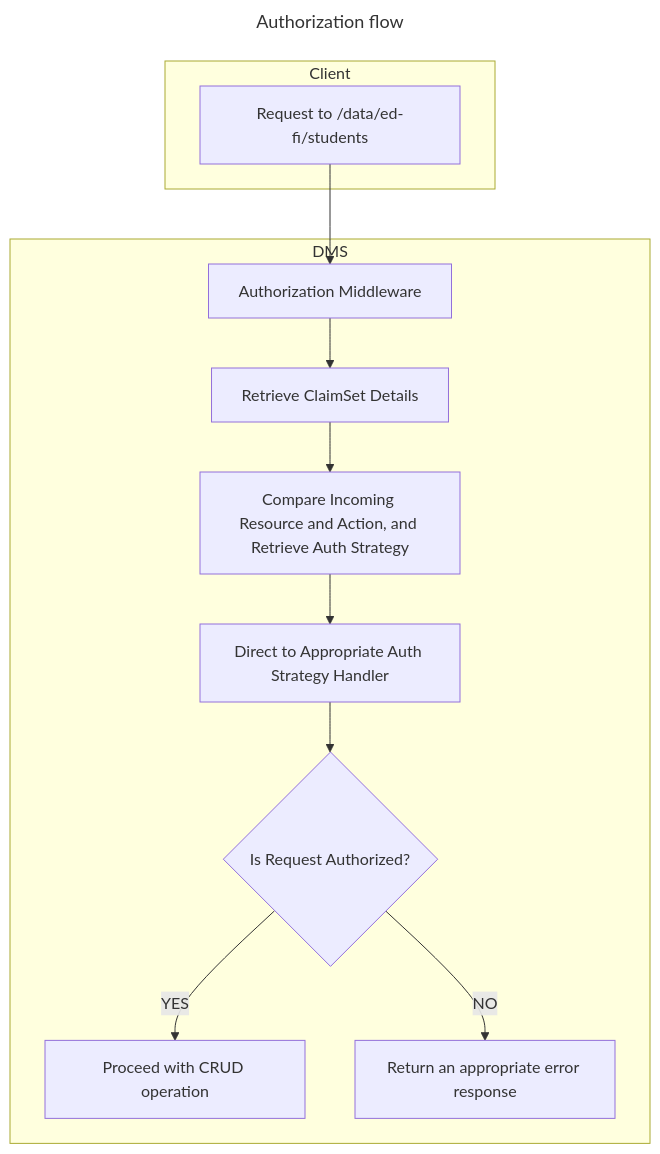
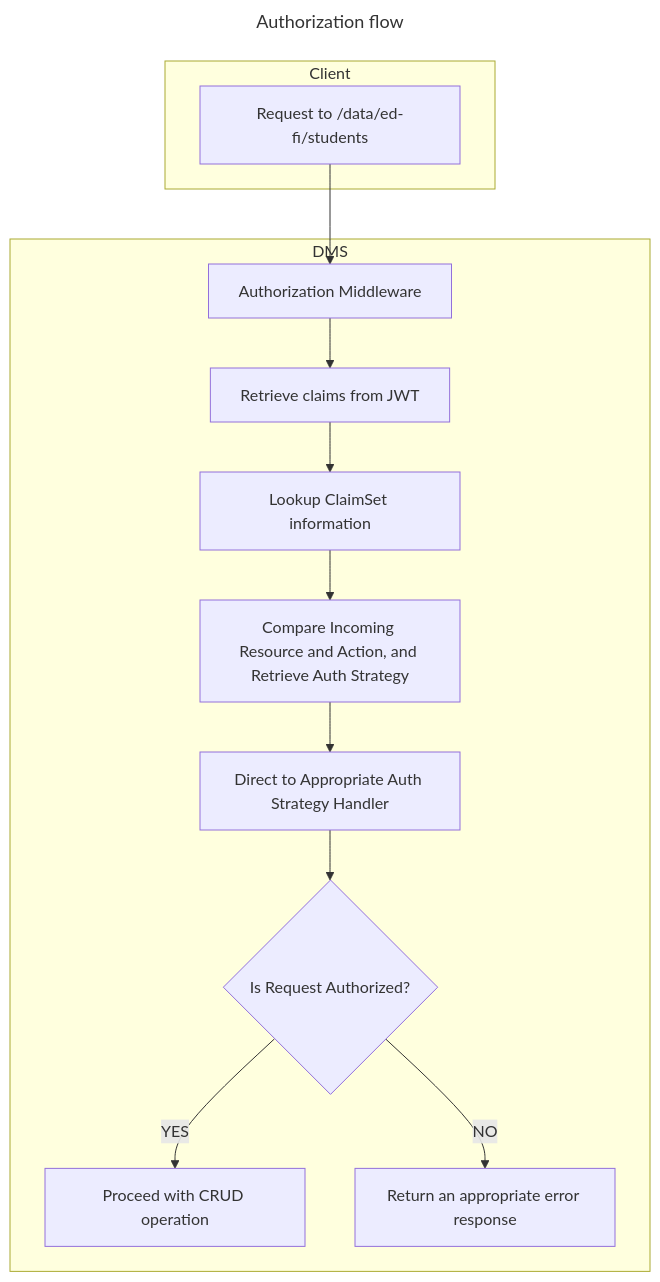
Before and after one commit to Ed-Fi-Alliance-OSS/Project-Tanager: the second of 2 diagrams in docs/DMS/DMS-AUTH.md, drawn with Mermaid. The commit also changed other lines of this file, not shown here.

````diff
--- a/docs/DMS/DMS-AUTH.md
+++ b/docs/DMS/DMS-AUTH.md
@@ -193,18 +148,19 @@
 ```mermaid
 ---
 title: Authorization flow
 ---
 flowchart TD
  subgraph DMS
-        a1[Authorization Middleware] --> a2[Retrieve ClaimSet Details]
-        a2 --> a3[Compare Incoming Resource and Action, and Retrieve Auth Strategy]
+        a1[Authorization Middleware] --> a2[Retrieve claims from JWT]
+        a2 --> a2_2[Lookup ClaimSet information]
+        a2_2 --> a3[Compare Incoming Resource and Action, and Retrieve Auth Strategy]
         a3 --> a4[Direct to Appropriate Auth Strategy Handler]
         a4 --> a5{Is Request Authorized?}
         a5 --YES--> a6[Proceed with CRUD operation]
         a5 --NO--> a7[Return an appropriate error response]
     end
 
     subgraph Client
         data[Request to /data/ed-fi/students] --> a1
     end
 ```
````
